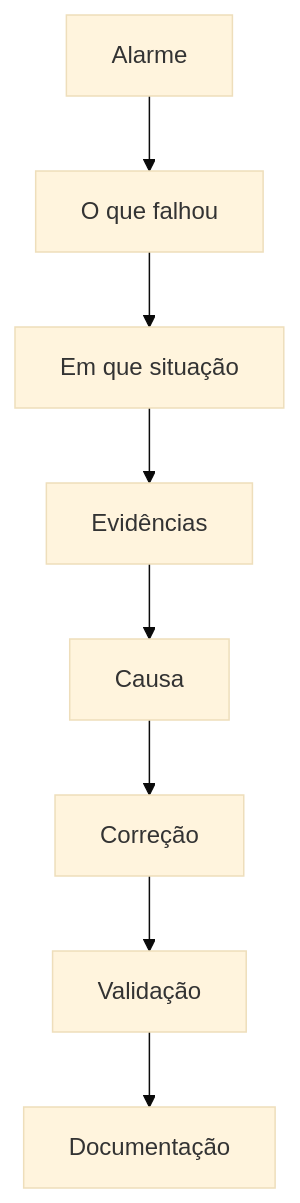
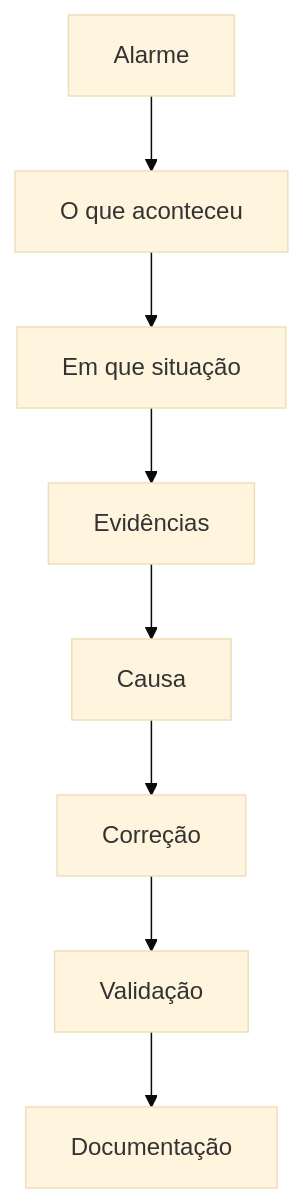
Before and after one commit to robertojeronimocunha/robertojeronimocunha: the diagram in assets/diagrams/troubleshooting-flow.mmd, drawn with Mermaid (base theme). The commit also changed 24 other files, not shown here.

```diff
--- a/assets/diagrams/troubleshooting-flow.mmd
+++ b/assets/diagrams/troubleshooting-flow.mmd
@@ -1,8 +1,8 @@
 flowchart TD
-  A[Alarme] --> B[O que falhou]
+  A[Alarme] --> B[O que aconteceu]
   B --> C[Em que situação]
   C --> D[Evidências]
   D --> E[Causa]
   E --> F[Correção]
   F --> G[Validação]
   G --> H[Documentação]
```
